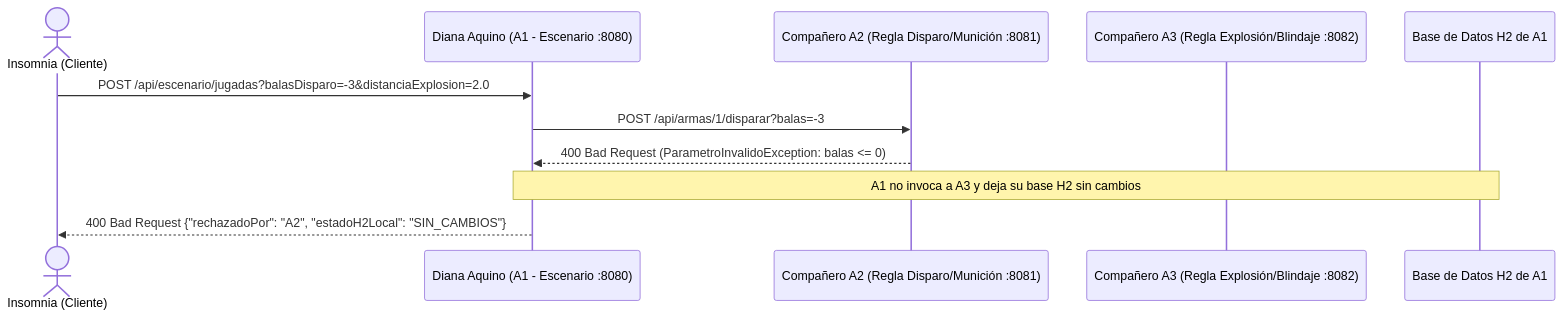
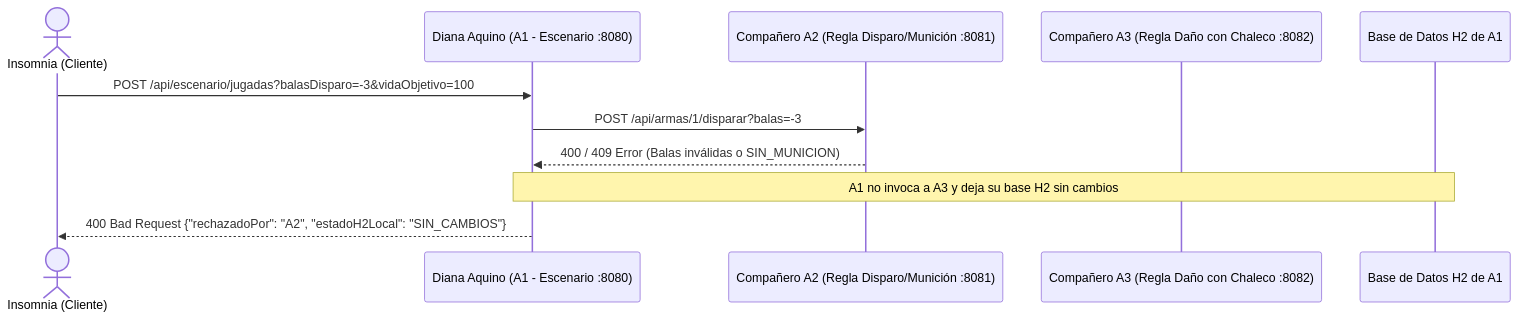
Before and after one commit to dianamariapaz2104/daquino-tp-lp3-2026: the second of 4 diagrams in README.md, drawn with Mermaid. The commit also changed other lines of this file and 8 other files, not shown here.

Commit message:
feat(poo09): integrar endpoints /api/reglas/danio y /api/reglas/municion del compañero A3

````diff
--- a/README.md
+++ b/README.md
@@ -101,14 +101,14 @@
 ```mermaid
 sequenceDiagram
     actor Cliente as Insomnia (Cliente)
     participant A1 as Diana Aquino (A1 - Escenario :8080)
     participant A2 as Compañero A2 (Regla Disparo/Munición :8081)
-    participant A3 as Compañero A3 (Regla Explosión/Blindaje :8082)
+    participant A3 as Compañero A3 (Regla Daño con Chaleco :8082)
     participant H2 as Base de Datos H2 de A1
 
-    Cliente->>A1: POST /api/escenario/jugadas?balasDisparo=-3&distanciaExplosion=2.0
+    Cliente->>A1: POST /api/escenario/jugadas?balasDisparo=-3&vidaObjetivo=100
     A1->>A2: POST /api/armas/1/disparar?balas=-3
-    A2-->>A1: 400 Bad Request (ParametroInvalidoException: balas <= 0)
+    A2-->>A1: 400 / 409 Error (Balas inválidas o SIN_MUNICION)
     Note over A1,H2: A1 no invoca a A3 y deja su base H2 sin cambios
     A1-->>Cliente: 400 Bad Request {"rechazadoPor": "A2", "estadoH2Local": "SIN_CAMBIOS"}
 ```
````
